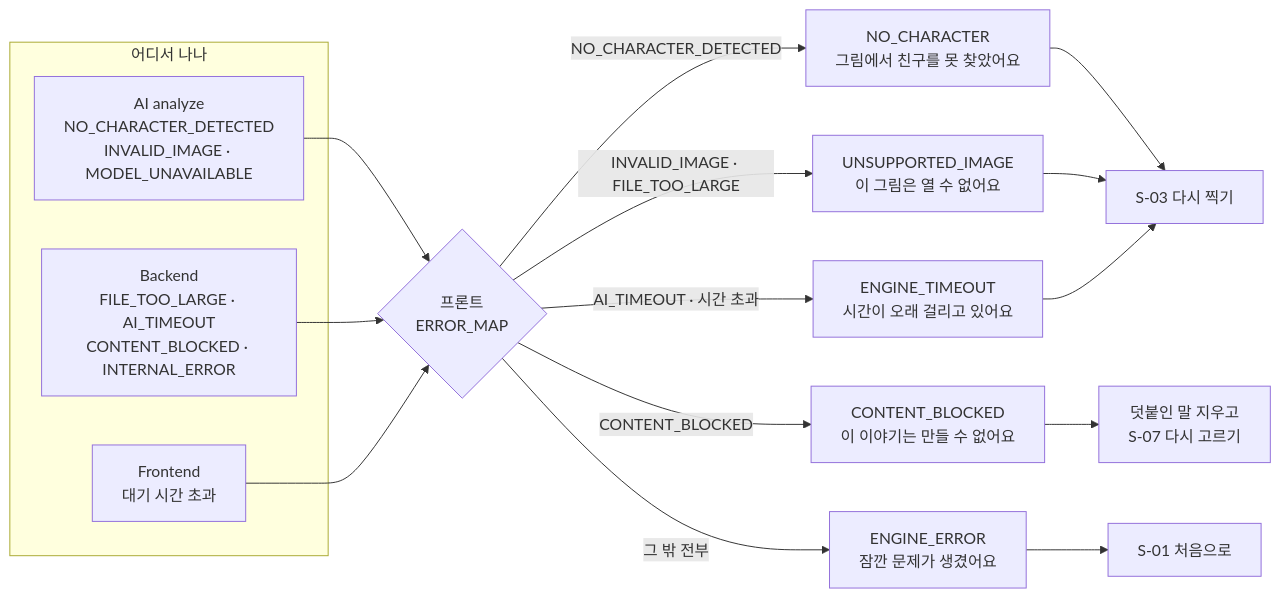
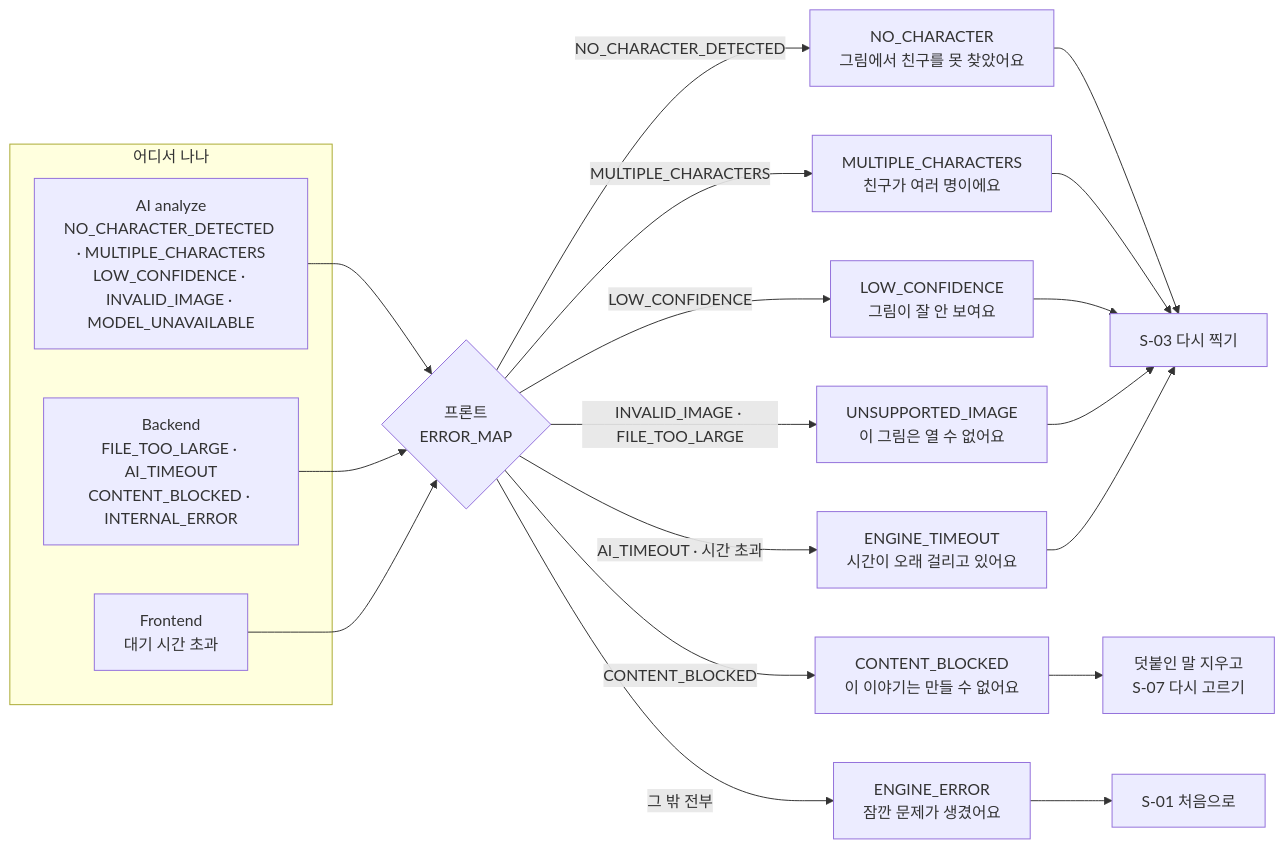
Before and after one commit to seominji58/drawtale-pt_docs: diagram 12 of 13 in 03-flowchart.md, drawn with Mermaid. The commit also changed other lines of this file and 4 other files, not shown here.

````diff
--- a/03-flowchart.md
+++ b/03-flowchart.md
@@ -343,24 +343,28 @@
 ```mermaid
 flowchart LR
     subgraph SRC[어디서 나나]
-        A1[AI analyze<br/>NO_CHARACTER_DETECTED<br/>INVALID_IMAGE · MODEL_UNAVAILABLE]
+        A1[AI analyze<br/>NO_CHARACTER_DETECTED · MULTIPLE_CHARACTERS<br/>LOW_CONFIDENCE · INVALID_IMAGE · MODEL_UNAVAILABLE]
         A2[Backend<br/>FILE_TOO_LARGE · AI_TIMEOUT<br/>CONTENT_BLOCKED · INTERNAL_ERROR]
         A3[Frontend<br/>대기 시간 초과]
     end
 
     A1 --> MAP{프론트<br/>ERROR_MAP}
     A2 --> MAP
     A3 --> MAP
 
     MAP -->|NO_CHARACTER_DETECTED| E1[NO_CHARACTER<br/>그림에서 친구를 못 찾았어요]
+    MAP -->|MULTIPLE_CHARACTERS| E1b[MULTIPLE_CHARACTERS<br/>친구가 여러 명이에요]
+    MAP -->|LOW_CONFIDENCE| E1c[LOW_CONFIDENCE<br/>그림이 잘 안 보여요]
     MAP -->|INVALID_IMAGE · FILE_TOO_LARGE| E2[UNSUPPORTED_IMAGE<br/>이 그림은 열 수 없어요]
     MAP -->|AI_TIMEOUT · 시간 초과| E3[ENGINE_TIMEOUT<br/>시간이 오래 걸리고 있어요]
     MAP -->|CONTENT_BLOCKED| E4[CONTENT_BLOCKED<br/>이 이야기는 만들 수 없어요]
     MAP -->|그 밖 전부| E5[ENGINE_ERROR<br/>잠깐 문제가 생겼어요]
 
     E1 --> U[S-03 다시 찍기]
+    E1b --> U
+    E1c --> U
     E2 --> U
     E3 --> U
     E4 --> ST[덧붙인 말 지우고<br/>S-07 다시 고르기]
     E5 --> H[S-01 처음으로]
 ```
````
